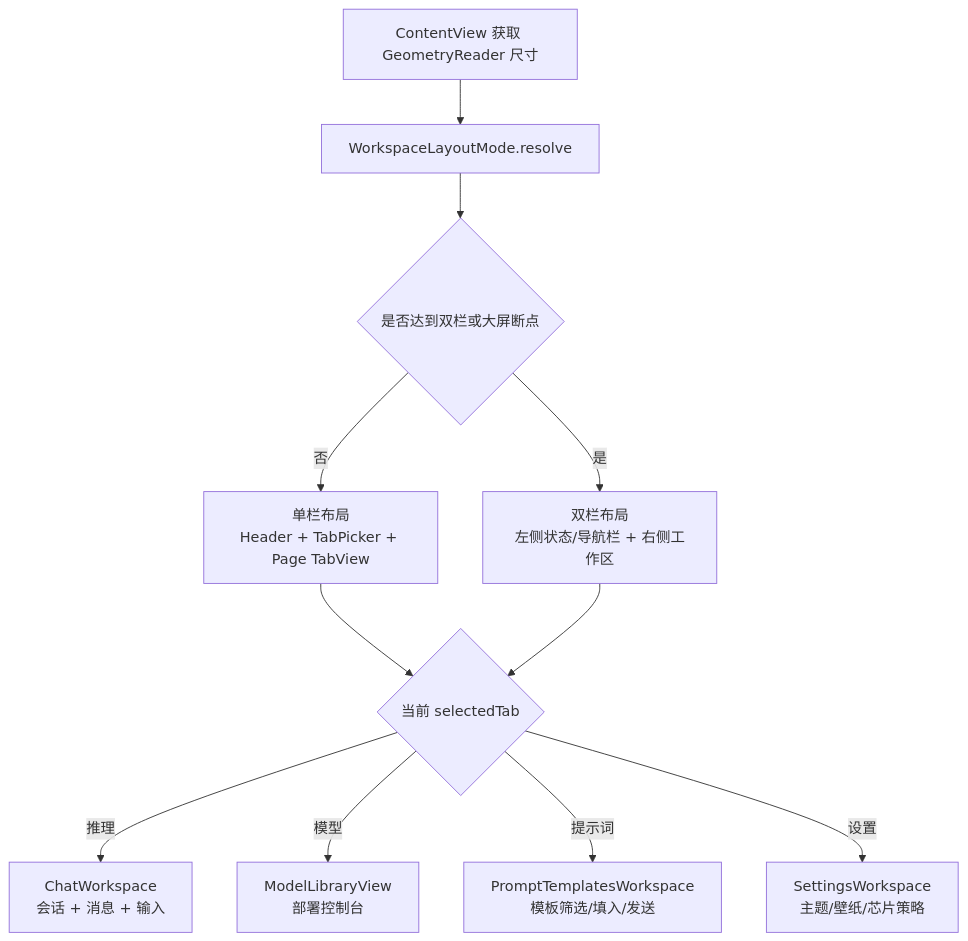
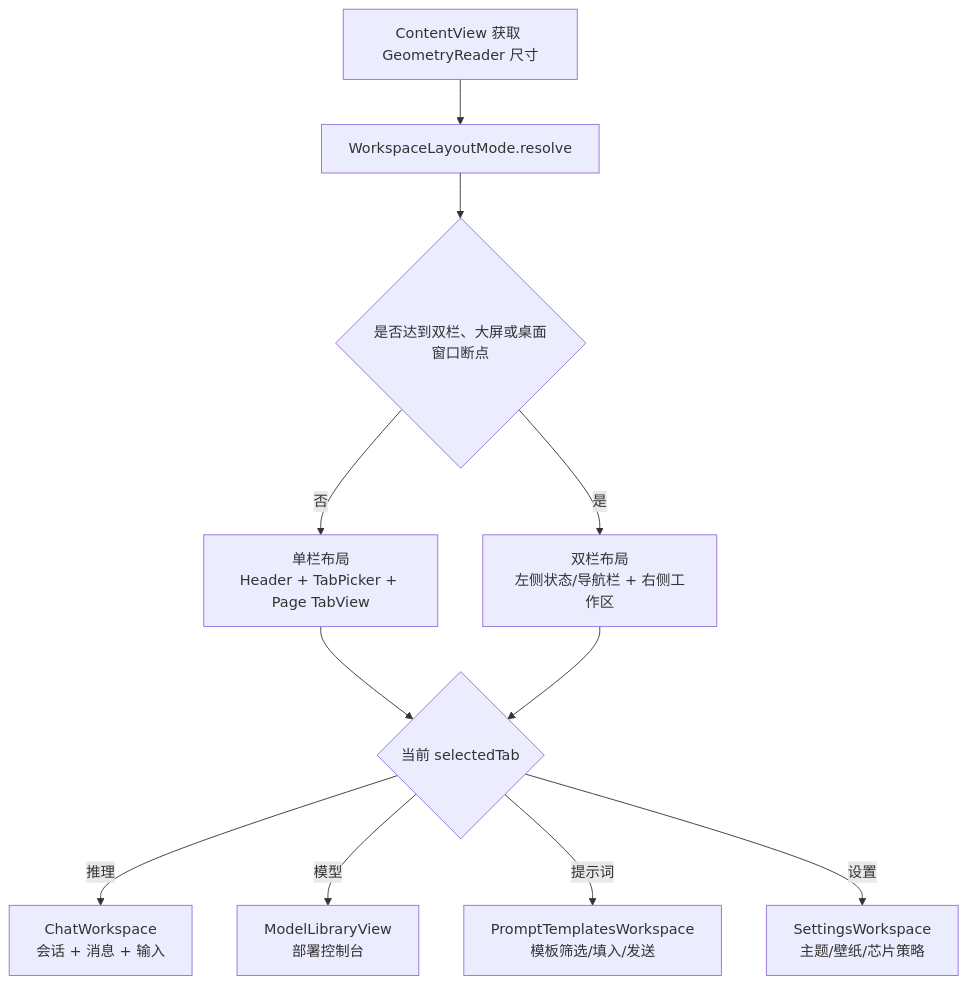
Before and after one commit to Altman-sam114/113: the fourth of 8 diagrams in md/flow/flowchart.md, drawn with Mermaid. The commit also changed other lines of this file and 9 other files, not shown here.

````diff
--- a/md/flow/flowchart.md
+++ b/md/flow/flowchart.md
@@ -68,13 +68,13 @@
 ```mermaid
 flowchart TD
     A[ContentView 获取 GeometryReader 尺寸] --> B[WorkspaceLayoutMode.resolve]
-    B --> C{是否达到双栏或大屏断点}
+    B --> C{是否达到双栏、大屏或桌面窗口断点}
     C -- 否 --> D[单栏布局<br/>Header + TabPicker + Page TabView]
     C -- 是 --> E[双栏布局<br/>左侧状态/导航栏 + 右侧工作区]
     D --> F{当前 selectedTab}
     E --> F
     F -- 推理 --> G[ChatWorkspace<br/>会话 + 消息 + 输入]
     F -- 模型 --> H[ModelLibraryView<br/>部署控制台]
     F -- 提示词 --> I[PromptTemplatesWorkspace<br/>模板筛选/填入/发送]
     F -- 设置 --> J[SettingsWorkspace<br/>主题/壁纸/芯片策略]
 ```
````
